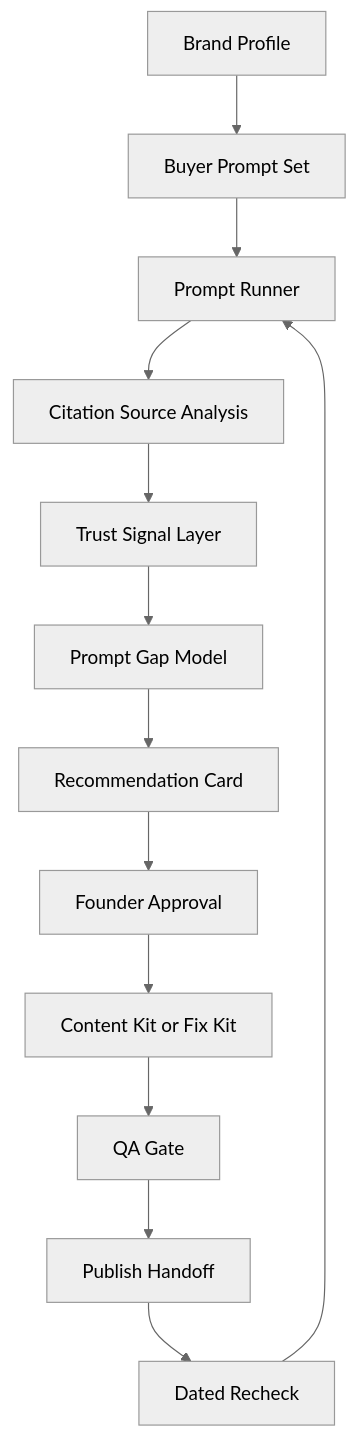
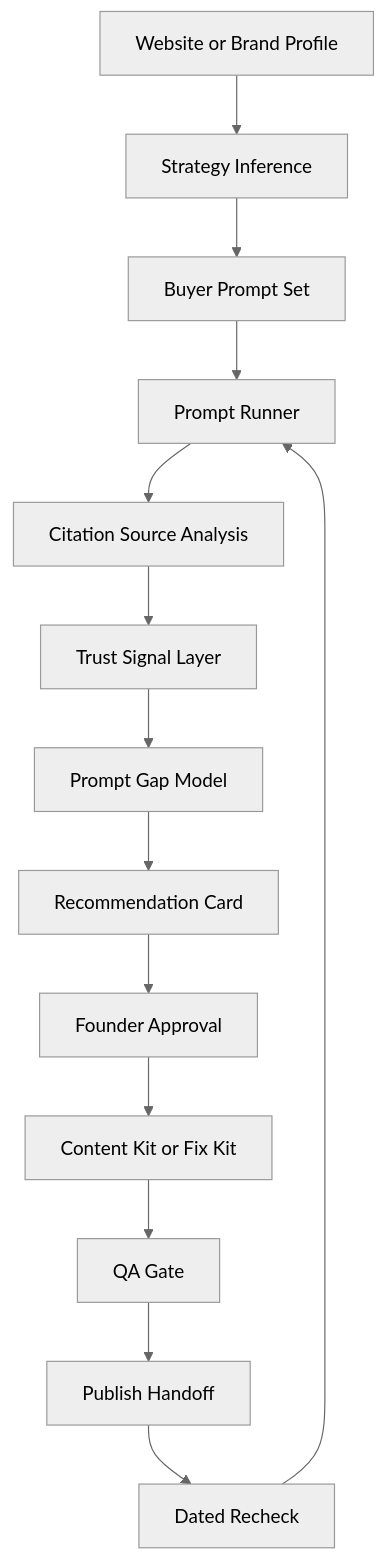
Before and after one commit to Dave-56/contentdesk: the first of 5 diagrams in docs/product/ARCHITECTURE.md, drawn with Mermaid (neutral theme). The commit also changed other lines of this file and 14 other files, not shown here.

Commit message:
Add website-first prompt strategy inference

````diff
--- a/docs/product/ARCHITECTURE.md
+++ b/docs/product/ARCHITECTURE.md
@@ -24,15 +24,16 @@
 ```mermaid
 flowchart TD
-  A["Brand Profile"] --> B["Buyer Prompt Set"]
-  B --> C["Prompt Runner"]
-  C --> D["Citation Source Analysis"]
-  D --> E["Trust Signal Layer"]
-  E --> F["Prompt Gap Model"]
-  F --> G["Recommendation Card"]
-  G --> H["Founder Approval"]
-  H --> I["Content Kit or Fix Kit"]
-  I --> J["QA Gate"]
-  J --> K["Publish Handoff"]
-  K --> L["Dated Recheck"]
-  L --> C
+  A["Website or Brand Profile"] --> B["Strategy Inference"]
+  B --> C["Buyer Prompt Set"]
+  C --> D["Prompt Runner"]
+  D --> E["Citation Source Analysis"]
+  E --> F["Trust Signal Layer"]
+  F --> G["Prompt Gap Model"]
+  G --> H["Recommendation Card"]
+  H --> I["Founder Approval"]
+  I --> J["Content Kit or Fix Kit"]
+  J --> K["QA Gate"]
+  K --> L["Publish Handoff"]
+  L --> M["Dated Recheck"]
+  M --> D
 ```
````
